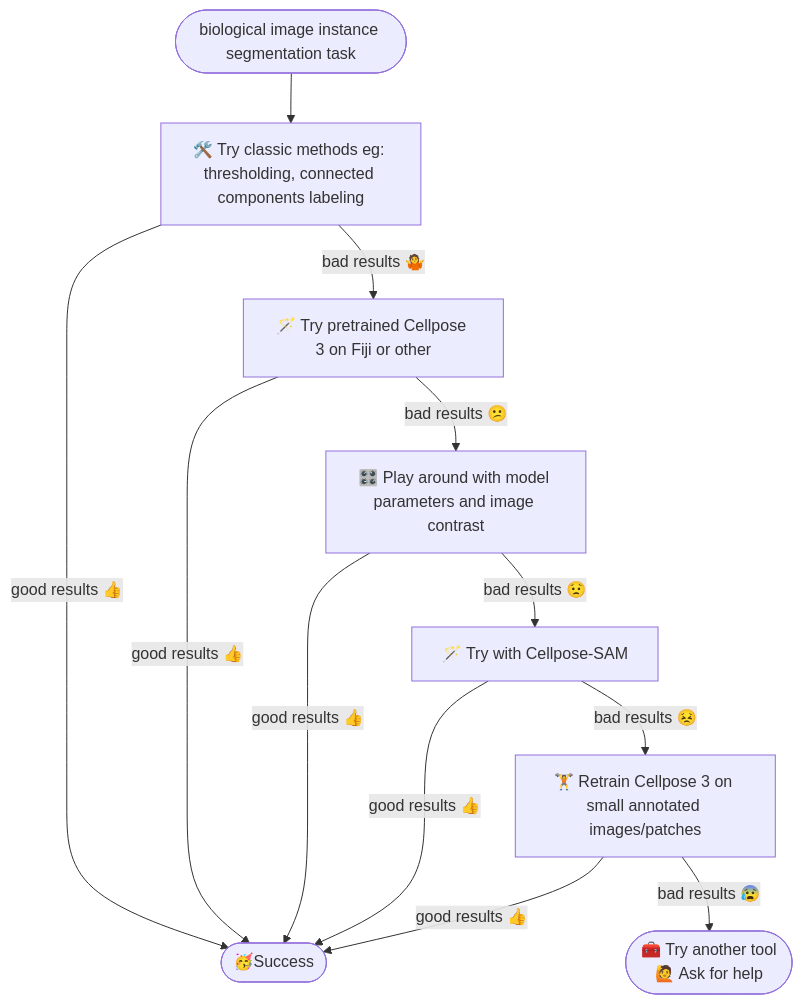
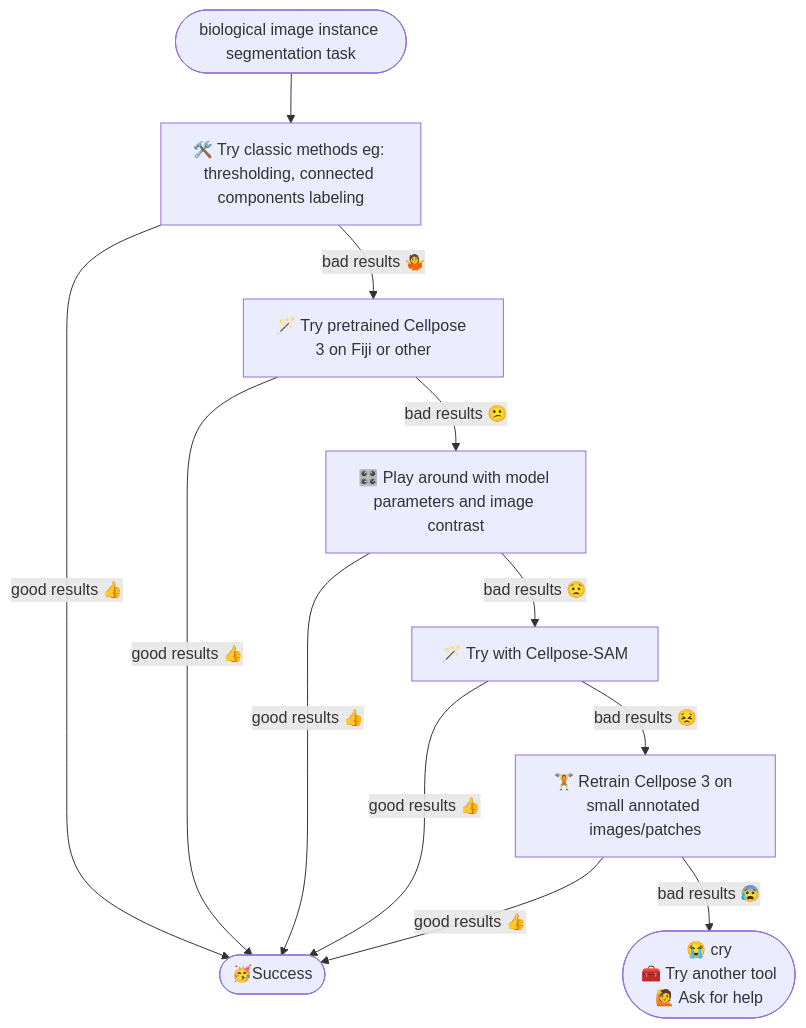
The diagram in ECI/Day2_Cellpose/Day2_Cellpose.md (Image-Analysis-Hub/Pasteur-BioImage-Analysis-Course-2026), drawn with Mermaid before and after one commit. The commit also changed other lines of this file and 12 other files, not shown here.

````diff
--- a/ECI/Day2_Cellpose/Day2_Cellpose.md
+++ b/ECI/Day2_Cellpose/Day2_Cellpose.md
@@ -110,15 +144,16 @@
 ```mermaid
 flowchart TD
     I([biological image instance segmentation task]) --> O[🛠️ Try classic methods eg: thresholding, connected components labeling]
     O -->|good results 👍| S([🥳Success])
     O -->|bad results 🤷| A[🪄 Try pretrained Cellpose 3 on Fiji or other]
     A -->|good results 👍| S
     A -->|bad results 😕| B[🎛️ Play around with model parameters and image contrast]
     B -->|good results 👍| S
     B -->|bad results 😟| C[🪄 Try with Cellpose-SAM]
     C -->|good results 👍| S
     C -->|bad results 😣| D[🏋️ Retrain Cellpose 3 on small annotated images/patches]
     D -->|good results 👍| S
-    D -->|bad results 😰| F([🧰 Try another tool 
+    D -->|bad results 😰| F([😭 cry
+    🧰 Try another tool 
      🙋 Ask for help])
 ```
````
